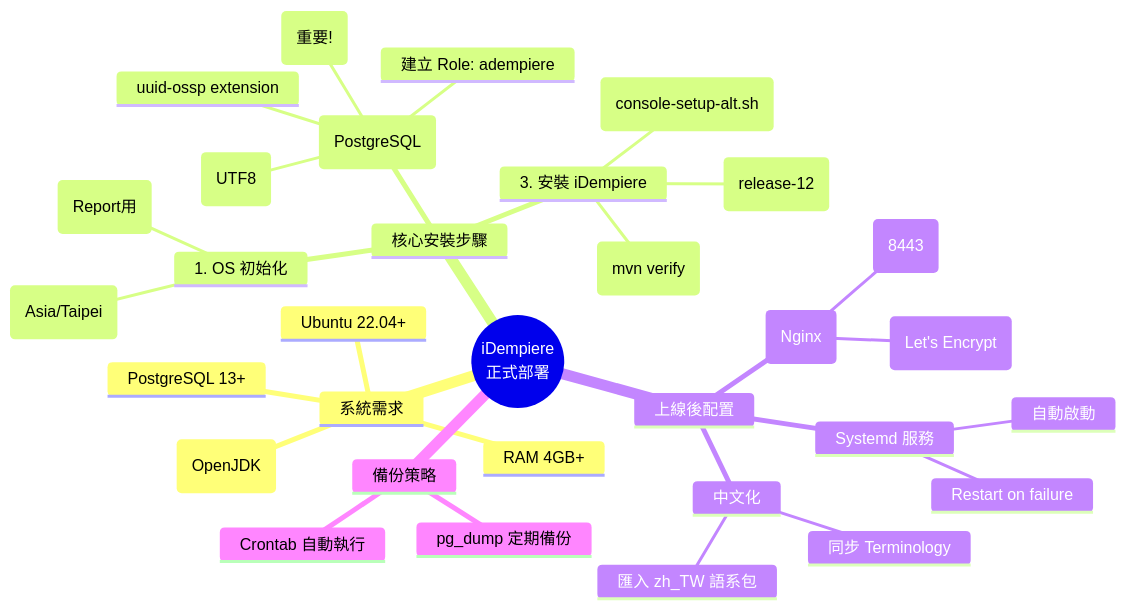
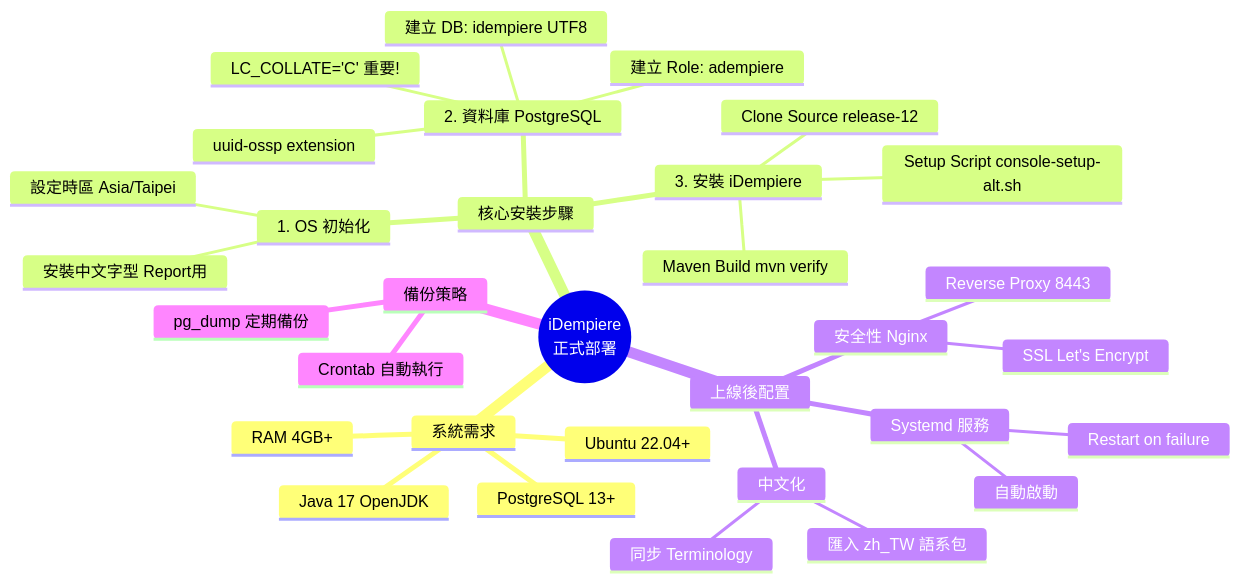
Before and after one commit to nczz/claw_notes: the fifth of 15 diagrams in iDempiere_Notes.md, drawn with Mermaid. The commit also changed other lines of this file, not shown here.

Commit message:
Fix mermaid syntax error: remove parentheses in node text

````diff
--- a/iDempiere_Notes.md
+++ b/iDempiere_Notes.md
@@ -397,40 +397,40 @@
 ```mermaid
 mindmap
   root((iDempiere<br/>正式部署))
     系統需求
       Ubuntu 22.04+
-      Java 17 (OpenJDK)
+      Java 17 OpenJDK
       PostgreSQL 13+
       RAM 4GB+
     核心安裝步驟
       1. OS 初始化
         ::icon(fa fa-linux)
-        安裝中文字型 (Report用)
-        設定時區 (Asia/Taipei)
-      2. 資料庫 (PostgreSQL)
+        安裝中文字型 Report用
+        設定時區 Asia/Taipei
+      2. 資料庫 PostgreSQL
         ::icon(fa fa-database)
         建立 Role: adempiere
-        建立 DB: idempiere (UTF8)
-        LC_COLLATE='C' (重要!)
+        建立 DB: idempiere UTF8
+        LC_COLLATE='C' 重要!
         uuid-ossp extension
       3. 安裝 iDempiere
         ::icon(fa fa-download)
-        Clone Source (release-12)
-        Maven Build (mvn verify)
-        Setup Script (console-setup-alt.sh)
+        Clone Source release-12
+        Maven Build mvn verify
+        Setup Script console-setup-alt.sh
     上線後配置
       Systemd 服務
         ::icon(fa fa-cogs)
         自動啟動
         Restart on failure
-      安全性 (Nginx)
+      安全性 Nginx
         ::icon(fa fa-shield)
-        Reverse Proxy (8443)
-        SSL (Let's Encrypt)
+        Reverse Proxy 8443
+        SSL Let's Encrypt
       中文化
         匯入 zh_TW 語系包
         同步 Terminology
     備份策略
       pg_dump 定期備份
       Crontab 自動執行
 ```
````
